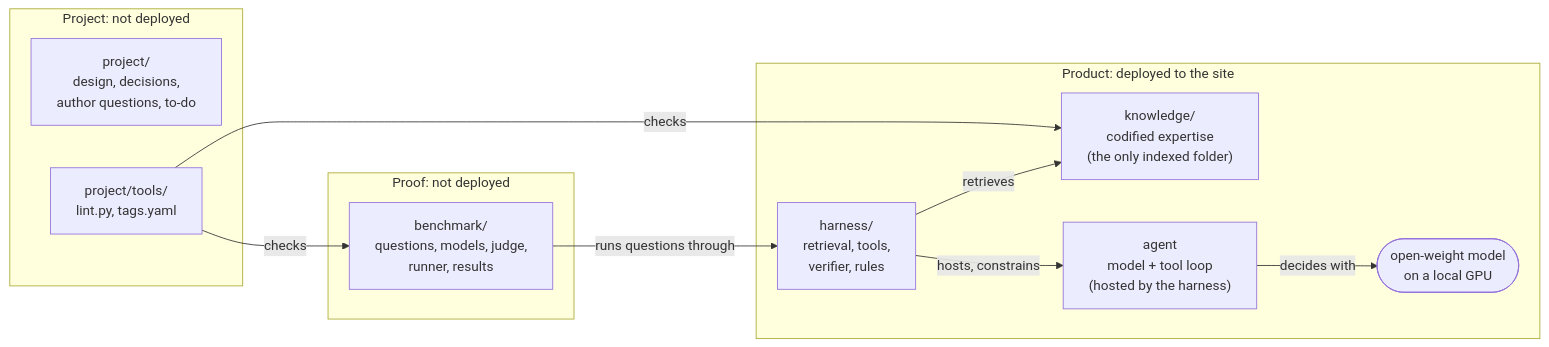
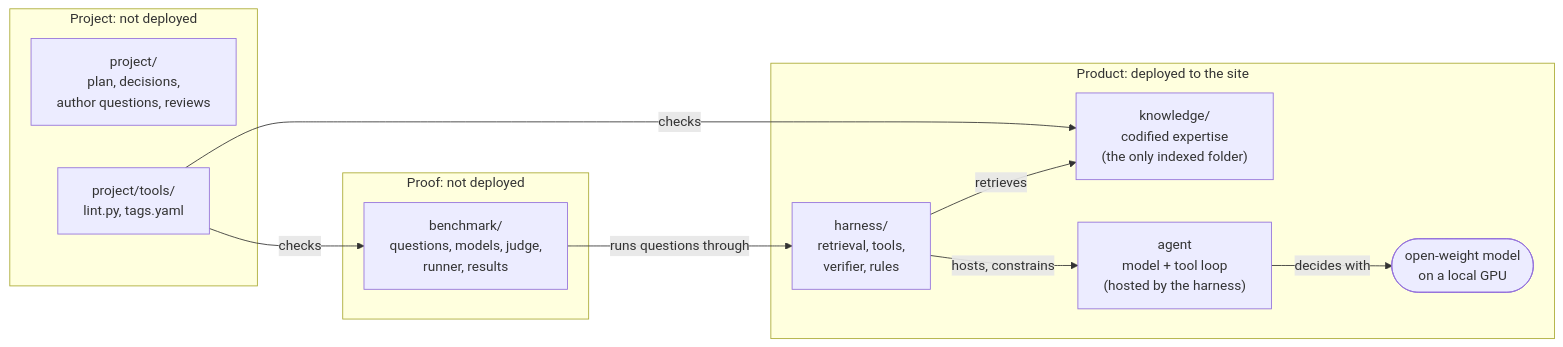
Before and after one commit to e1-rahabok/agent-e2: the diagram in README.md, drawn with Mermaid. The commit also changed other lines of this file and 17 other files, not shown here.

````diff
--- a/README.md
+++ b/README.md
@@ -57,22 +57,22 @@
 ```mermaid
 flowchart LR
   subgraph Product["Product: deployed to the site"]
     K["knowledge/<br/>codified expertise<br/>(the only indexed folder)"]
     H["harness/<br/>retrieval, tools,<br/>verifier, rules"]
     A["agent<br/>model + tool loop<br/>(hosted by the harness)"]
     M(["open-weight model<br/>on a local GPU"])
     H -->|retrieves| K
     H -->|hosts, constrains| A
     A -->|decides with| M
   end
   subgraph Proof["Proof: not deployed"]
     B["benchmark/<br/>questions, models, judge,<br/>runner, results"]
   end
   subgraph Project["Project: not deployed"]
-    P["project/<br/>design, decisions,<br/>author questions, to-do"]
+    P["project/<br/>plan, decisions,<br/>author questions, reviews"]
     T["project/tools/<br/>lint.py, tags.yaml"]
   end
   B -->|runs questions through| H
   T -->|checks| K
   T -->|checks| B
 ```
````
